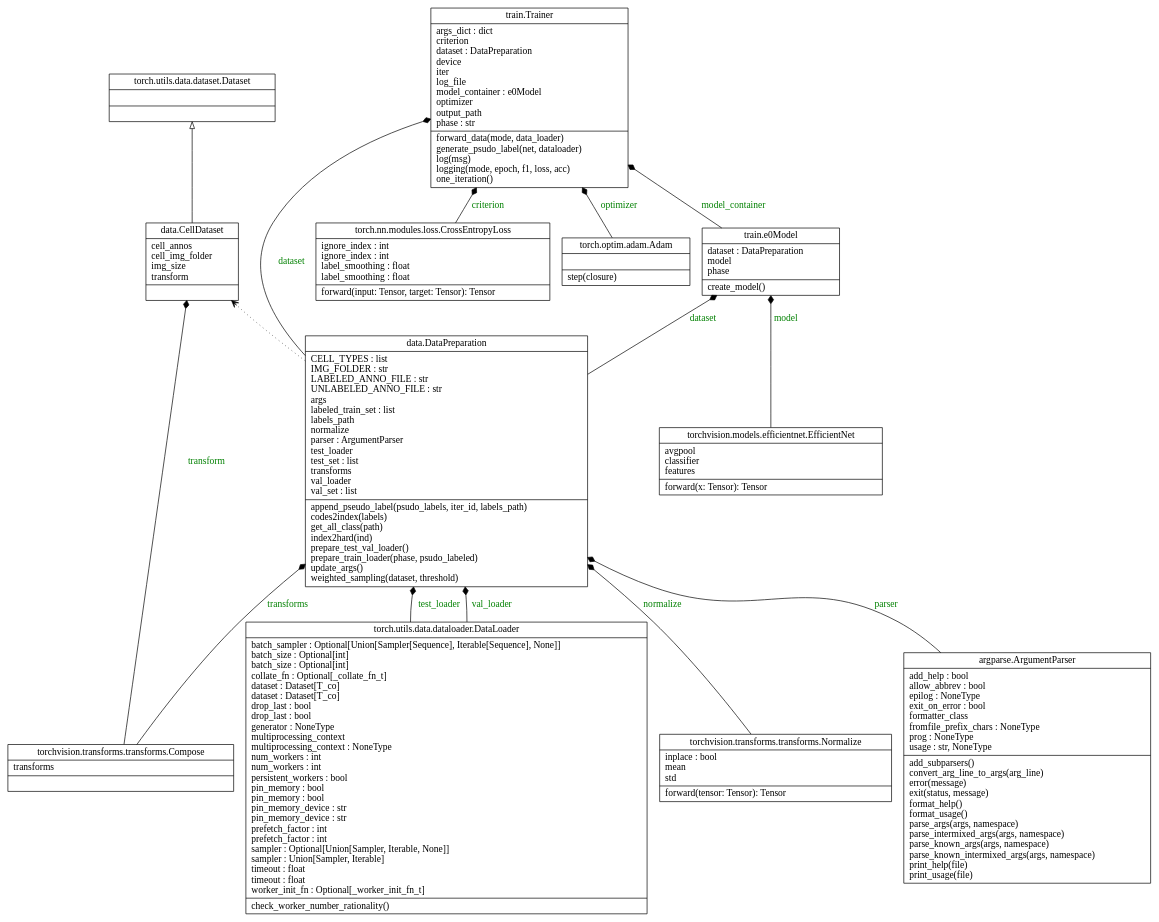
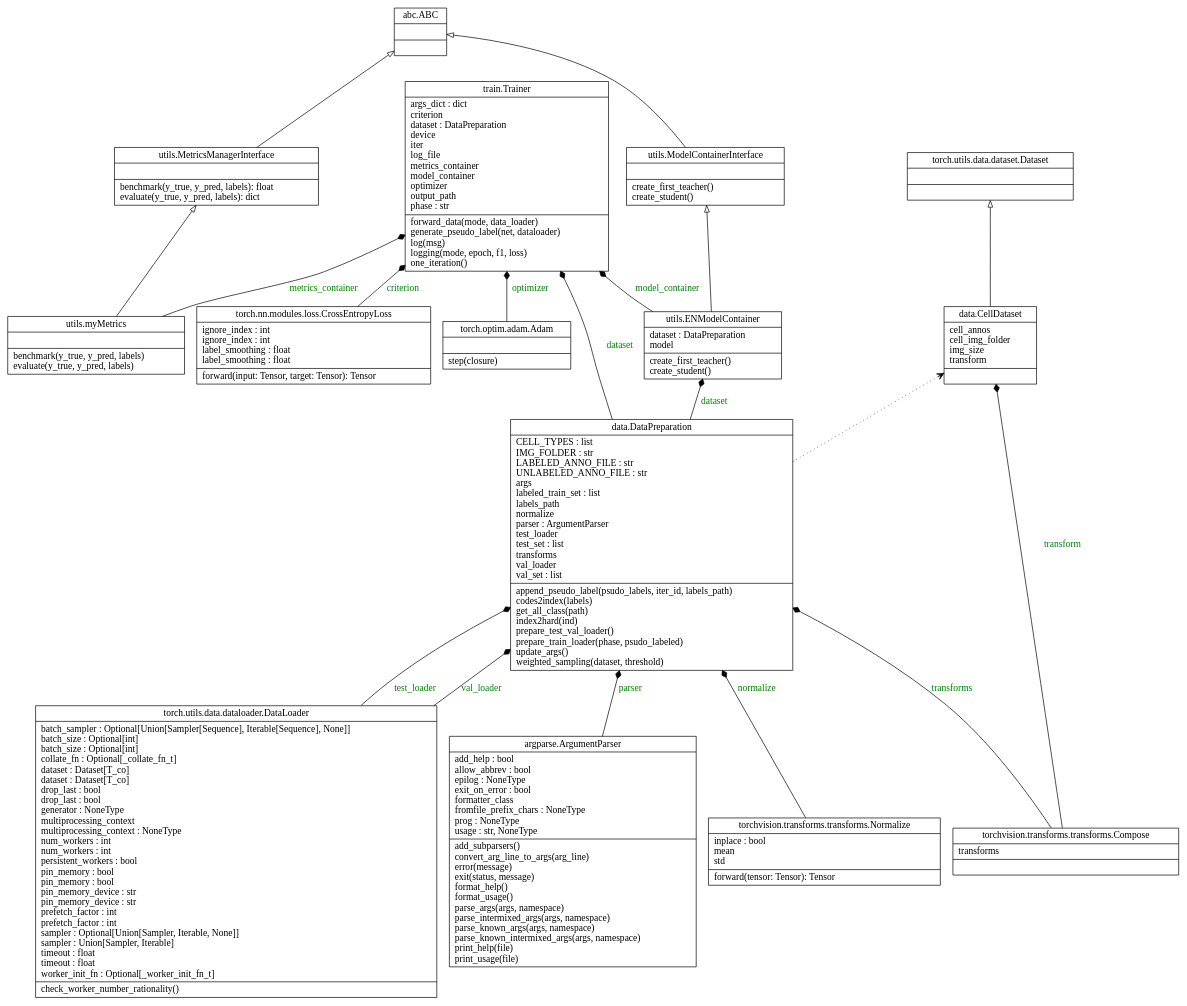
Before and after one commit to x-yq/cell_classification: the diagram in classes.dot, drawn with Graphviz. The commit also changed 5 other files, not shown here.

```diff
--- a/classes.dot
+++ b/classes.dot
@@ -1,31 +1,41 @@
 digraph "classes" {
 charset="utf-8"
 rankdir=BT
+"0" [label="{abc.ABC|\l|}", shape="record"];
+"1" [label="{utils.ENModelContainer|dataset : DataPreparation\lmodel\l|create_first_teacher()\lcreate_student()\l}", shape="record"];
+"3" [label="{utils.MetricsManagerInterface|\l|benchmark(y_true, y_pred, labels): float\levaluate(y_true, y_pred, labels): dict\l}", shape="record"];
+"4" [label="{utils.ModelContainerInterface|\l|create_first_teacher()\lcreate_student()\l}", shape="record"];
+"5" [label="{utils.myMetrics|\l|benchmark(y_true, y_pred, labels)\levaluate(y_true, y_pred, labels)\l}", shape="record"];
+
 "2" [label="{argparse.ArgumentParser|add_help : bool\lallow_abbrev : bool\lepilog : NoneType\lexit_on_error : bool\lformatter_class\lfromfile_prefix_chars : NoneType\lprog : NoneType\lusage : str, NoneType\l|add_subparsers()\lconvert_arg_line_to_args(arg_line)\lerror(message)\lexit(status, message)\lformat_help()\lformat_usage()\lparse_args(args, namespace)\lparse_intermixed_args(args, namespace)\lparse_known_args(args, namespace)\lparse_known_intermixed_args(args, namespace)\lprint_help(file)\lprint_usage(file)\l}", shape="record"];
+
 "9" [label="{data.CellDataset|cell_annos\lcell_img_folder\limg_size\ltransform\l|}", shape="record"];
 "10" [label="{data.DataPreparation|CELL_TYPES : list\lIMG_FOLDER : str\lLABELED_ANNO_FILE : str\lUNLABELED_ANNO_FILE : str\largs\llabeled_train_set : list\llabels_path\lnormalize\lparser : ArgumentParser\ltest_loader\ltest_set : list\ltransforms\lval_loader\lval_set : list\l|append_pseudo_label(psudo_labels, iter_id, labels_path)\lcodes2index(labels)\lget_all_class(path)\lindex2hard(ind)\lprepare_test_val_loader()\lprepare_train_loader(phase, psudo_labeled)\lupdate_args()\lweighted_sampling(dataset, threshold)\l}", shape="record"];
+
 "30" [label="{torch.nn.modules.loss.CrossEntropyLoss|ignore_index : int\lignore_index : int\llabel_smoothing : float\llabel_smoothing : float\l|forward(input: Tensor, target: Tensor): Tensor\l}", shape="record"];
 "36" [label="{torch.optim.adam.Adam|\l|step(closure)\l}", shape="record"];
 "41" [label="{torch.utils.data.dataloader.DataLoader|batch_sampler : Optional[Union[Sampler[Sequence], Iterable[Sequence], None]]\lbatch_size : Optional[int]\lbatch_size : Optional[int]\lcollate_fn : Optional[_collate_fn_t]\ldataset : Dataset[T_co]\ldataset : Dataset[T_co]\ldrop_last : bool\ldrop_last : bool\lgenerator : NoneType\lmultiprocessing_context\lmultiprocessing_context : NoneType\lnum_workers : int\lnum_workers : int\lpersistent_workers : bool\lpin_memory : bool\lpin_memory : bool\lpin_memory_device : str\lpin_memory_device : str\lprefetch_factor : int\lprefetch_factor : int\lsampler : Optional[Union[Sampler, Iterable, None]]\lsampler : Union[Sampler, Iterable]\ltimeout : float\ltimeout : float\lworker_init_fn : Optional[_worker_init_fn_t]\l|check_worker_number_rationality()\l}", shape="record"];
 "50" [label="{torch.utils.data.dataset.Dataset|\l|}", shape="record"];
-"52" [label="{torchvision.models.efficientnet.EfficientNet|avgpool\lclassifier\lfeatures\l|forward(x: Tensor): Tensor\l}", shape="record"];
 "53" [label="{torchvision.transforms.transforms.Compose|transforms\l|}", shape="record"];
 "54" [label="{torchvision.transforms.transforms.Normalize|inplace : bool\lmean\lstd\l|forward(tensor: Tensor): Tensor\l}", shape="record"];
-"55" [label="{train.Trainer|args_dict : dict\lcriterion\ldataset : DataPreparation\ldevice\liter\llog_file\lmodel_container : e0Model\loptimizer\loutput_path\lphase : str\l|forward_data(mode, data_loader)\lgenerate_psudo_label(net, dataloader)\llog(msg)\llogging(mode, epoch, f1, loss, acc)\lone_iteration()\l}", shape="record"];
-"56" [label="{train.e0Model|dataset : DataPreparation\lmodel\lphase\l|create_model()\l}", shape="record"];
+"55" [label="{train.Trainer|args_dict : dict\lcriterion\ldataset : DataPreparation\ldevice\liter\llog_file\lmetrics_container \lmodel_container \loptimizer\loutput_path\lphase : str\l|forward_data(mode, data_loader)\lgenerate_pseudo_label(net, dataloader)\llog(msg)\llogging(mode, epoch, f1, loss)\lone_iteration()\l}", shape="record"];
 
+"1" -> "4" [arrowhead="empty", arrowtail="none"];
+"1" -> "55" [arrowhead="diamond", arrowtail="none", fontcolor="green", label="model_container", style="solid"];
+"3" -> "0" [arrowhead="empty", arrowtail="none"];
+"4" -> "0" [arrowhead="empty", arrowtail="none"];
+"5" -> "3" [arrowhead="empty", arrowtail="none"];
+"5" -> "55" [arrowhead="diamond", arrowtail="none", fontcolor="green", label="metrics_container", style="solid"];
 "2" -> "10" [arrowhead="diamond", arrowtail="none", fontcolor="green", label="parser", style="solid"];
 "9" -> "50" [arrowhead="empty", arrowtail="none"];
 "10" -> "9" [arrowhead="open", arrowtail="none", style="dotted" ];
 "10" -> "55" [arrowhead="diamond", arrowtail="none", fontcolor="green", label="dataset", style="solid"];
-"10" -> "56" [arrowhead="diamond", arrowtail="none", fontcolor="green", label="dataset", style="solid"];
+"10" -> "1" [arrowhead="diamond", arrowtail="none", fontcolor="green", label="dataset", style="solid"];
 "30" -> "55" [arrowhead="diamond", arrowtail="none", fontcolor="green", label="criterion", style="solid"];
 "36" -> "55" [arrowhead="diamond", arrowtail="none", fontcolor="green", label="optimizer", style="solid"];
 "41" -> "10" [arrowhead="diamond", arrowtail="none", fontcolor="green", label="test_loader", style="solid"];
 "41" -> "10" [arrowhead="diamond", arrowtail="none", fontcolor="green", label="val_loader", style="solid"];
-"52" -> "56" [arrowhead="diamond", arrowtail="none", fontcolor="green", label="model", style="solid"];
 "53" -> "10" [arrowhead="diamond", arrowtail="none", fontcolor="green", label="transforms", style="solid"];
 "53" -> "9"  [arrowhead="diamond", arrowtail="none", fontcolor="green", label="transform", style="solid"]
 "54" -> "10" [arrowhead="diamond", arrowtail="none", fontcolor="green", label="normalize", style="solid"];
-"56" -> "55" [arrowhead="diamond", arrowtail="none", fontcolor="green", label="model_container", style="solid"];
 }
```
